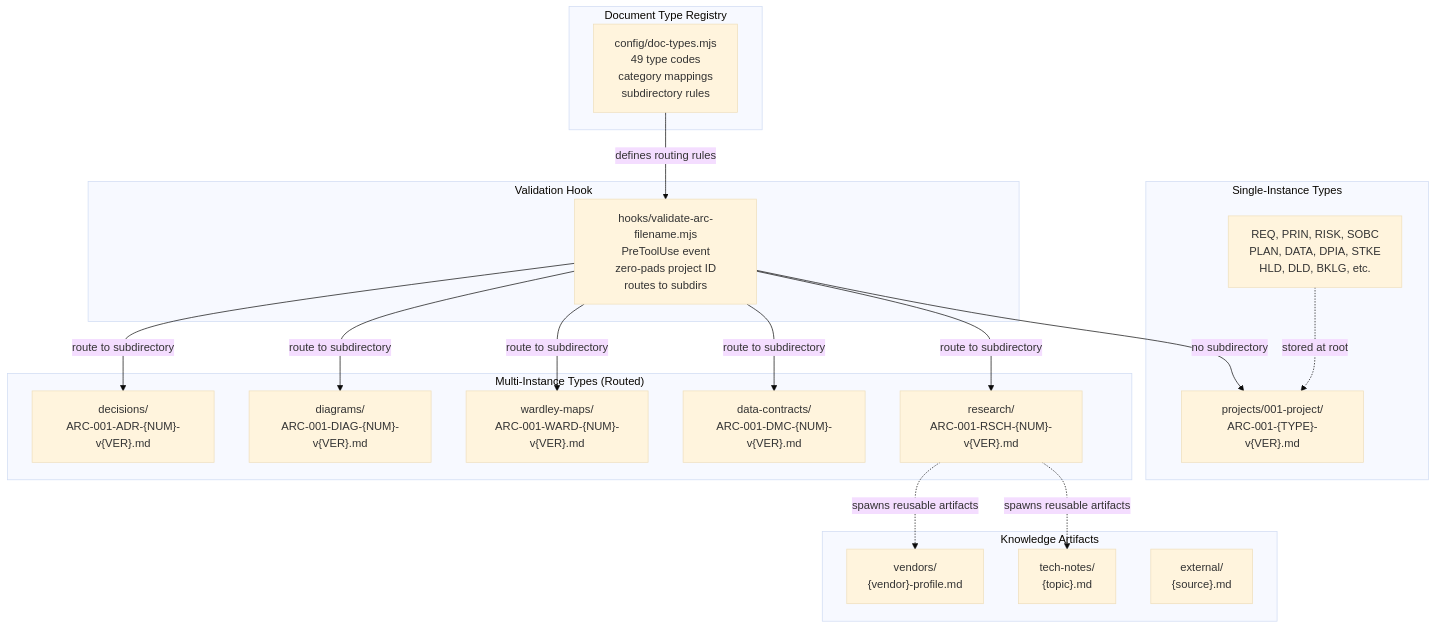
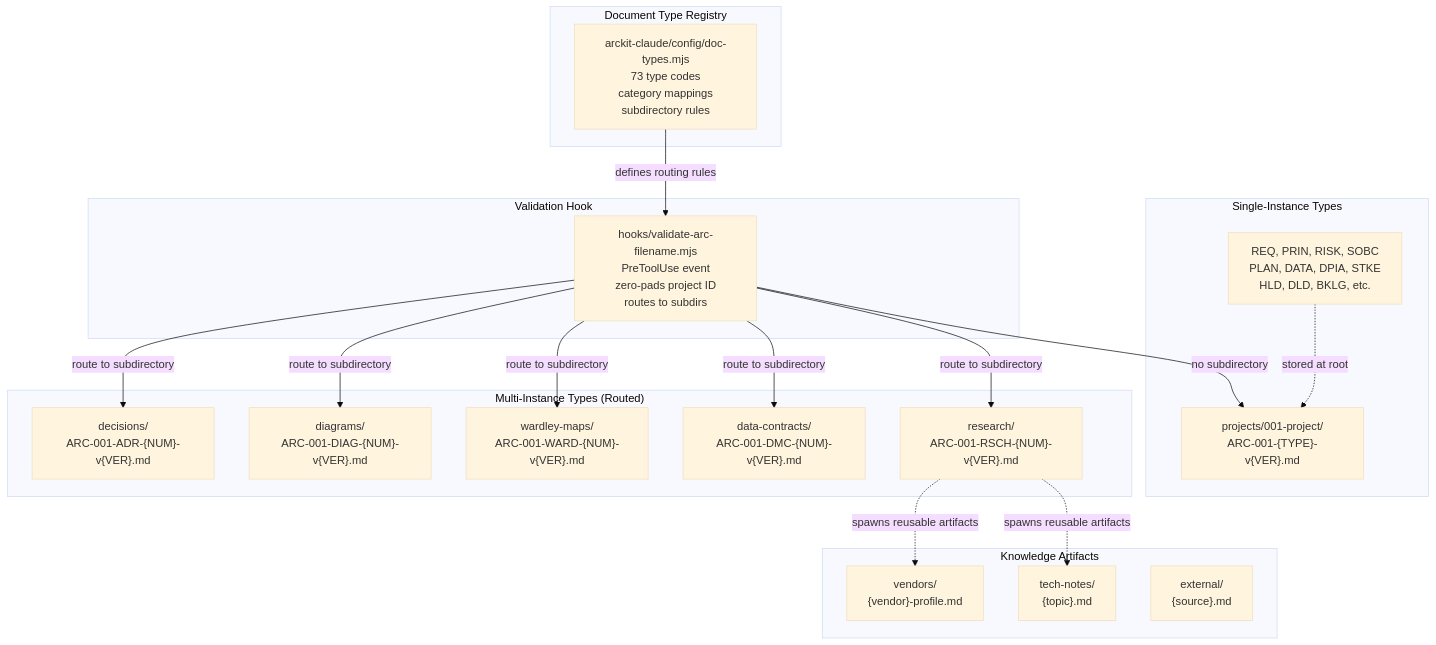
The diagram in docs/book-research/deepwiki-diagrams/candidates/7402310c.mmd (AmirulAndalib/arc-kit), drawn with Mermaid (base theme) before and after one commit. The commit also changed 9 other files, not shown here.

First line of the commit message:
docs: audit remaining 16 candidates; deep-fix converter, doc-types, analyze flow, filename validator

```diff
--- a/docs/book-research/deepwiki-diagrams/candidates/7402310c.mmd
+++ b/docs/book-research/deepwiki-diagrams/candidates/7402310c.mmd
@@ -1,42 +1,44 @@
+%% Document type registry — audited 2026-04-20 against
+%% arckit-claude/config/doc-types.mjs. Type count updated 49 → 73.
 graph TB
     subgraph "Document Type Registry"
-        DocTypesConfig["config/doc-types.mjs<br/>49 type codes<br/>category mappings<br/>subdirectory rules"]
+        DocTypesConfig["arckit-claude/config/doc-types.mjs<br/>73 type codes<br/>category mappings<br/>subdirectory rules"]
     end
     
     subgraph "Single-Instance Types"
         SingleRoot["projects/001-project/<br/>ARC-001-{TYPE}-v{VER}.md"]
         
         SingleTypes["REQ, PRIN, RISK, SOBC<br/>PLAN, DATA, DPIA, STKE<br/>HLD, DLD, BKLG, etc."]
     end
     
     subgraph "Multi-Instance Types (Routed)"
         ADRDir["decisions/<br/>ARC-001-ADR-{NUM}-v{VER}.md"]
         DIAGDir["diagrams/<br/>ARC-001-DIAG-{NUM}-v{VER}.md"]
         WARDDir["wardley-maps/<br/>ARC-001-WARD-{NUM}-v{VER}.md"]
         DMCDir["data-contracts/<br/>ARC-001-DMC-{NUM}-v{VER}.md"]
         RSCHDir["research/<br/>ARC-001-RSCH-{NUM}-v{VER}.md"]
     end
     
     subgraph "Knowledge Artifacts"
         VendorDir["vendors/<br/>{vendor}-profile.md"]
         TechDir["tech-notes/<br/>{topic}.md"]
         ExtDir["external/<br/>{source}.md"]
     end
     
     subgraph "Validation Hook"
         ValidateHook["hooks/validate-arc-filename.mjs<br/>PreToolUse event<br/>zero-pads project ID<br/>routes to subdirs"]
     end
     
     DocTypesConfig -->|"defines routing rules"| ValidateHook
     
     ValidateHook -->|"no subdirectory"| SingleRoot
     ValidateHook -->|"route to subdirectory"| ADRDir
     ValidateHook -->|"route to subdirectory"| DIAGDir
     ValidateHook -->|"route to subdirectory"| WARDDir
     ValidateHook -->|"route to subdirectory"| DMCDir
     ValidateHook -->|"route to subdirectory"| RSCHDir
     
     SingleTypes -.->|"stored at root"| SingleRoot
     
     RSCHDir -.->|"spawns reusable artifacts"| VendorDir
     RSCHDir -.->|"spawns reusable artifacts"| TechDir
```
